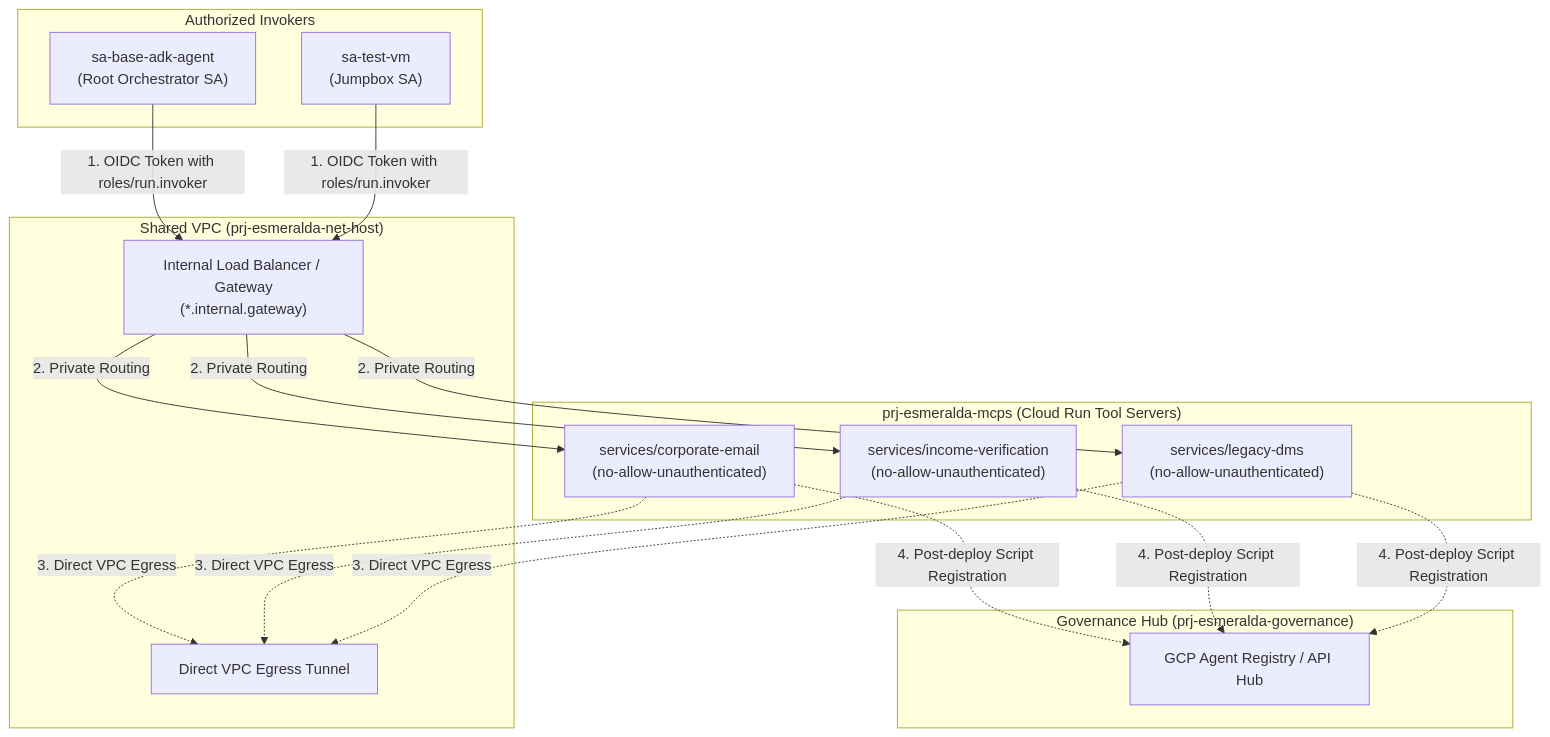
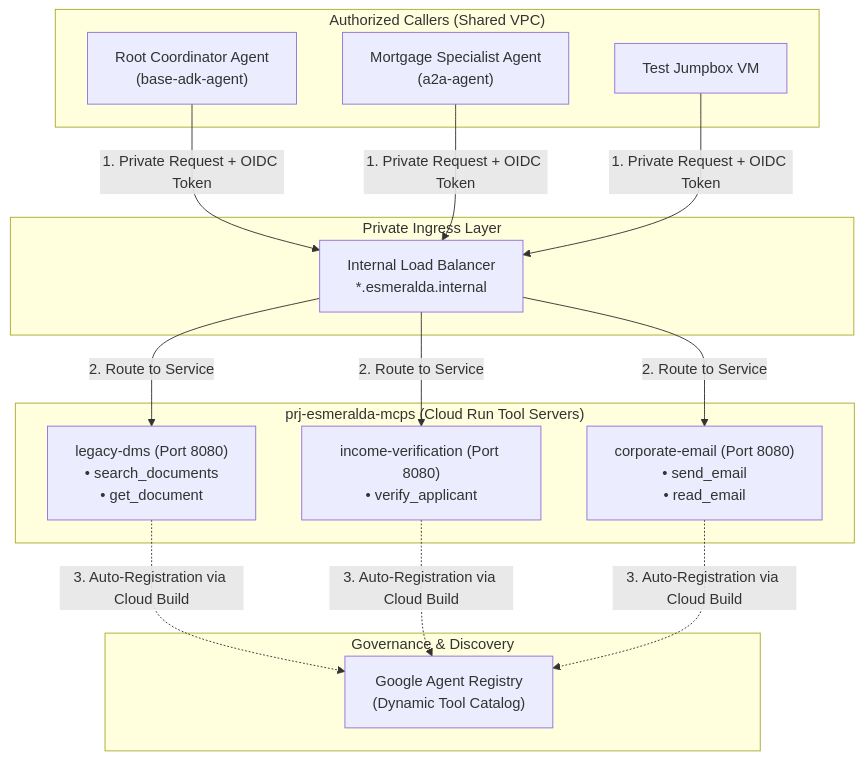
Before and after one commit to google/esmeralda: the diagram in docs/2-workloads-and-catalog/02-mcp-tool-servers.md, drawn with Mermaid. The commit also changed other lines of this file and 14 other files, not shown here.

First line of the commit message:
docs: complete enterprise architecture overhaul with ADRs, personas, and dark mode diagrams

````diff
--- a/docs/2-workloads-and-catalog/02-mcp-tool-servers.md
+++ b/docs/2-workloads-and-catalog/02-mcp-tool-servers.md
@@ -26,27 +44,26 @@
 ```mermaid
-graph TD
-    subgraph ClientLayer["Authorized Invokers"]
-        Root["sa-base-adk-agent<br/>(Root Orchestrator SA)"]
-        TestVM["sa-test-vm<br/>(Jumpbox SA)"]
+flowchart TD
+    subgraph Clients["Authorized Callers (Shared VPC)"]
+        RootAgent["Root Coordinator Agent<br/>(base-adk-agent)"]
+        A2AAgent["Mortgage Specialist Agent<br/>(a2a-agent)"]
+        TestVM["Test Jumpbox VM"]
     end
 
-    subgraph SharedVPC["Shared VPC (prj-esmeralda-net-host)"]
-        ILB["Internal Load Balancer / Gateway<br/>(*.internal.gateway)"]
-        Egress["Direct VPC Egress Tunnel"]
+    subgraph Gateway["Private Ingress Layer"]
+        ILB["Internal Load Balancer<br/>*.esmeralda.internal"]
     end
 
-    subgraph MCPSProject["prj-esmeralda-mcps (Cloud Run Tool Servers)"]
-        Email["services/corporate-email<br/>(no-allow-unauthenticated)"]
-        Income["services/income-verification<br/>(no-allow-unauthenticated)"]
-        DMS["services/legacy-dms<br/>(no-allow-unauthenticated)"]
+    subgraph Tools["prj-esmeralda-mcps (Cloud Run Tool Servers)"]
+        DMS["legacy-dms (Port 8080)<br/>• search_documents<br/>• get_document"]
+        Income["income-verification (Port 8080)<br/>• verify_applicant"]
+        Email["corporate-email (Port 8080)<br/>• send_email<br/>• read_email"]
     end
 
-    subgraph Cataloging["Governance Hub (prj-esmeralda-governance)"]
-        Registry["GCP Agent Registry / API Hub"]
+    subgraph Catalog["Governance & Discovery"]
+        Registry["Google Agent Registry<br/>(Dynamic Tool Catalog)"]
     end
 
-    Root & TestVM -->|1. OIDC Token with roles/run.invoker| ILB
-    ILB -->|2. Private Routing| Email & Income & DMS
-    Email & Income & DMS -.->|3. Direct VPC Egress| Egress
-    Email & Income & DMS -.->|4. Post-deploy Script Registration| Registry
+    RootAgent & A2AAgent & TestVM -->|1. Private Request + OIDC Token| ILB
+    ILB -->|2. Route to Service| DMS & Income & Email
+    DMS & Income & Email -.->|3. Auto-Registration via Cloud Build| Registry
 ```
````
